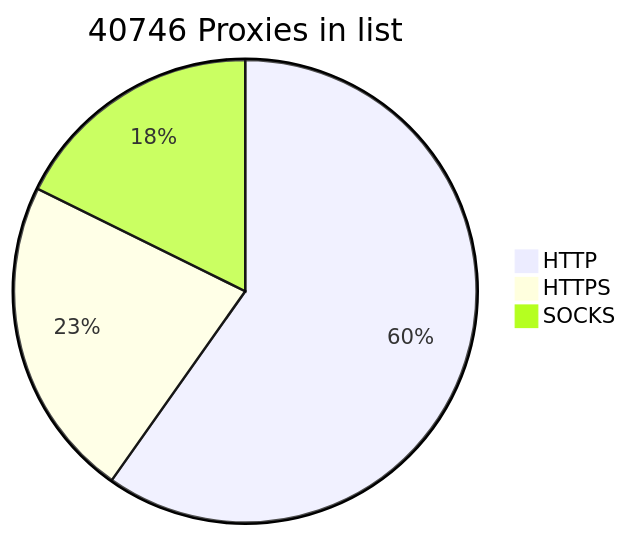
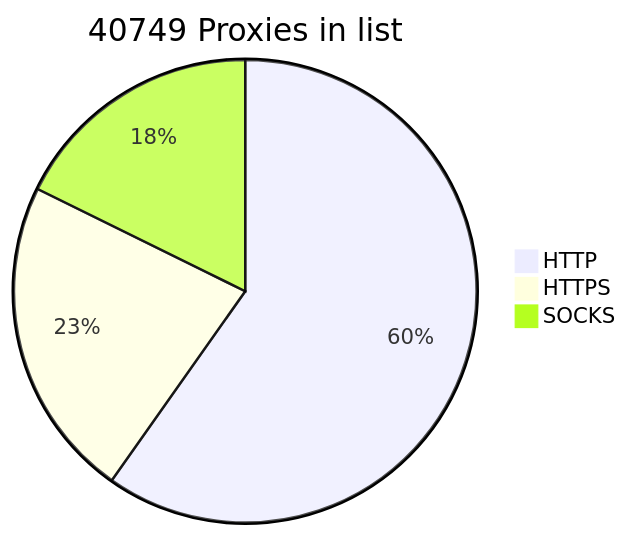
One commit to BlackSnowDot/proxylist-update-every-minute changed the diagram in README.md. Above: the diagram before and after it, drawn with Mermaid.

````diff
--- a/README.md
+++ b/README.md
@@ -2,6 +2,6 @@
 ```mermaid
-pie title 40746 Proxies in list
+pie title 40749 Proxies in list
     "HTTP" : 28653
     "HTTPS": 10784
-    "SOCKS" : 8487
+    "SOCKS" : 8490
 ```
````
